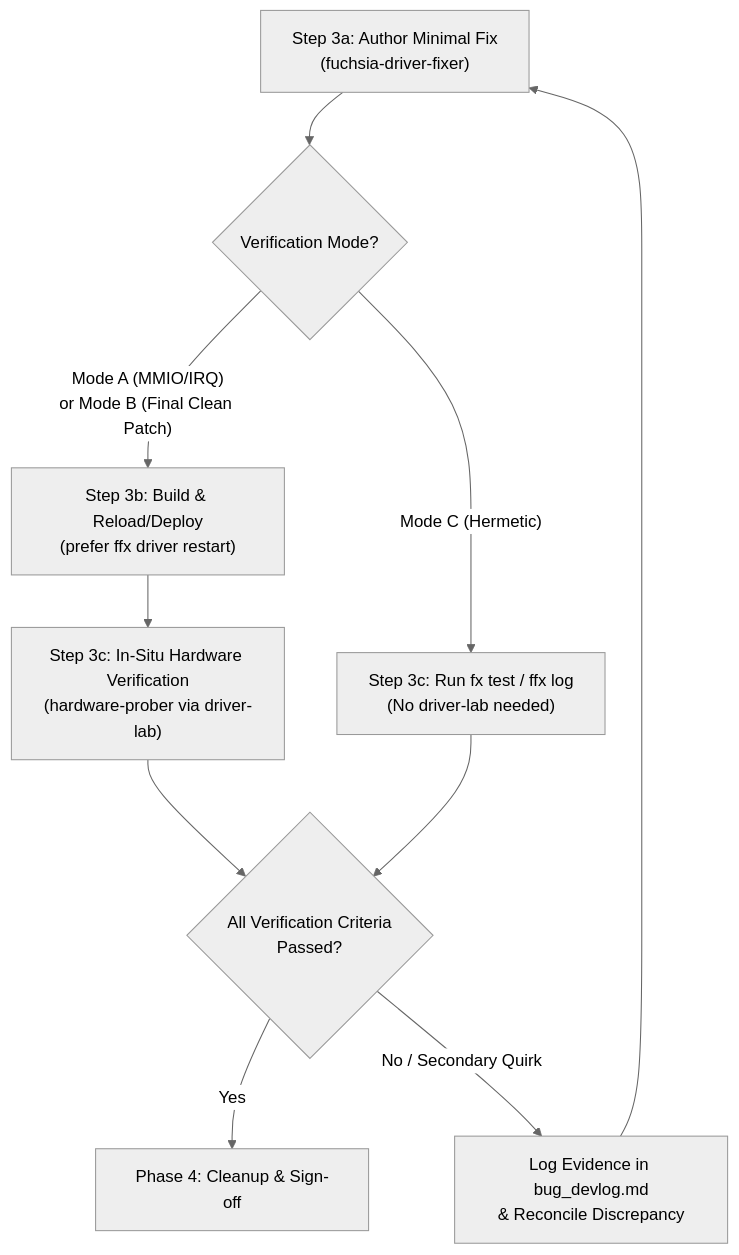
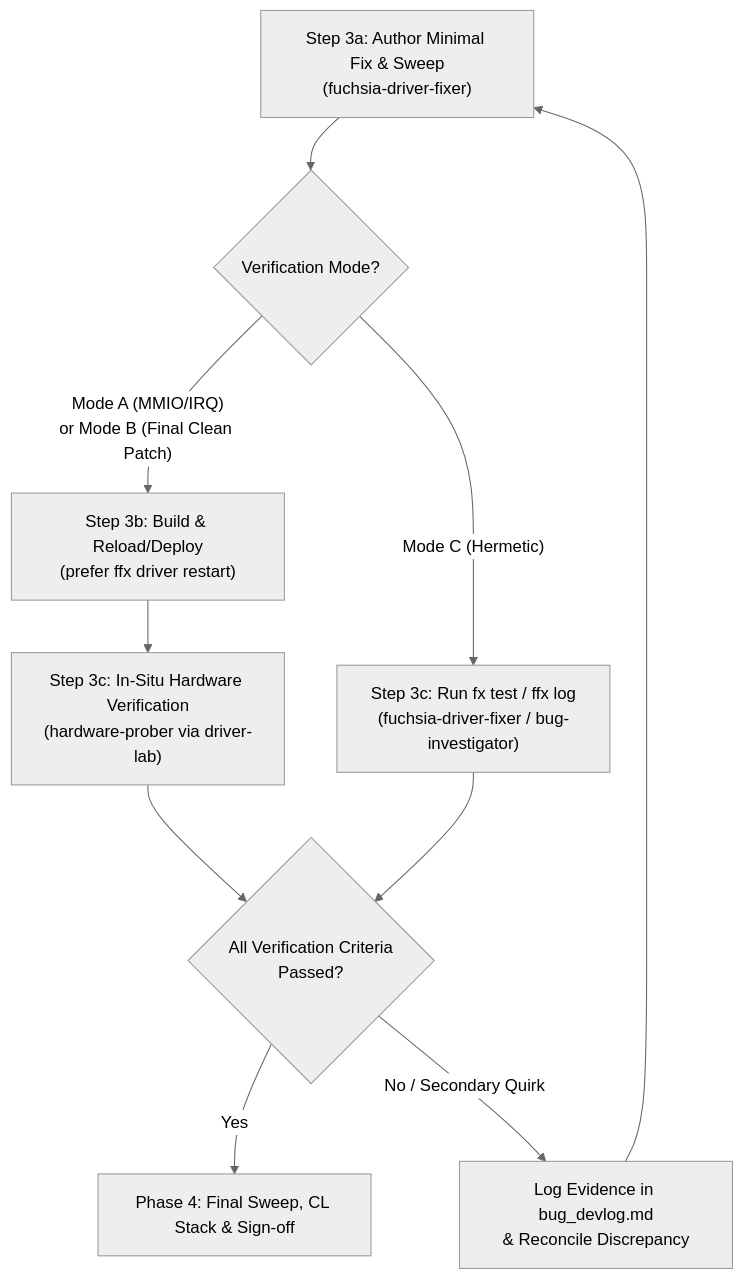
Before and after one commit to XSLabs/fuchsia: the diagram in src/devices/skills/autoda-fix/SKILL.md, drawn with Mermaid (neutral theme). The commit also changed other lines of this file and 4 other files, not shown here.

First line of the commit message:
[driver-lab] Update autoda-fix to v1.1.0

````diff
--- a/src/devices/skills/autoda-fix/SKILL.md
+++ b/src/devices/skills/autoda-fix/SKILL.md
@@ -393,12 +475,12 @@
 ```mermaid
 flowchart TD
-    A["Step 3a: Author Minimal Fix\n(fuchsia-driver-fixer)"] --> B{"Verification Mode?"}
+    A["Step 3a: Author Minimal Fix & Sweep\n(fuchsia-driver-fixer)"] --> B{"Verification Mode?"}
     B -- "Mode A (MMIO/IRQ)\nor Mode B (Final Clean Patch)" --> C["Step 3b: Build & Reload/Deploy\n(prefer ffx driver restart)"]
     C --> D["Step 3c: In-Situ Hardware Verification\n(hardware-prober via driver-lab)"]
-    B -- "Mode C (Hermetic)" --> E["Step 3c: Run fx test / ffx log\n(No driver-lab needed)"]
+    B -- "Mode C (Hermetic)" --> E["Step 3c: Run fx test / ffx log\n(fuchsia-driver-fixer / bug-investigator)"]
     D --> F{"All Verification Criteria\nPassed?"}
     E --> F
-    F -- "Yes" --> G["Phase 4: Cleanup & Sign-off"]
+    F -- "Yes" --> G["Phase 4: Final Sweep, CL Stack & Sign-off"]
     F -- "No / Secondary Quirk" --> H["Log Evidence in bug_devlog.md\n& Reconcile Discrepancy"]
     H --> A
 ```
````
